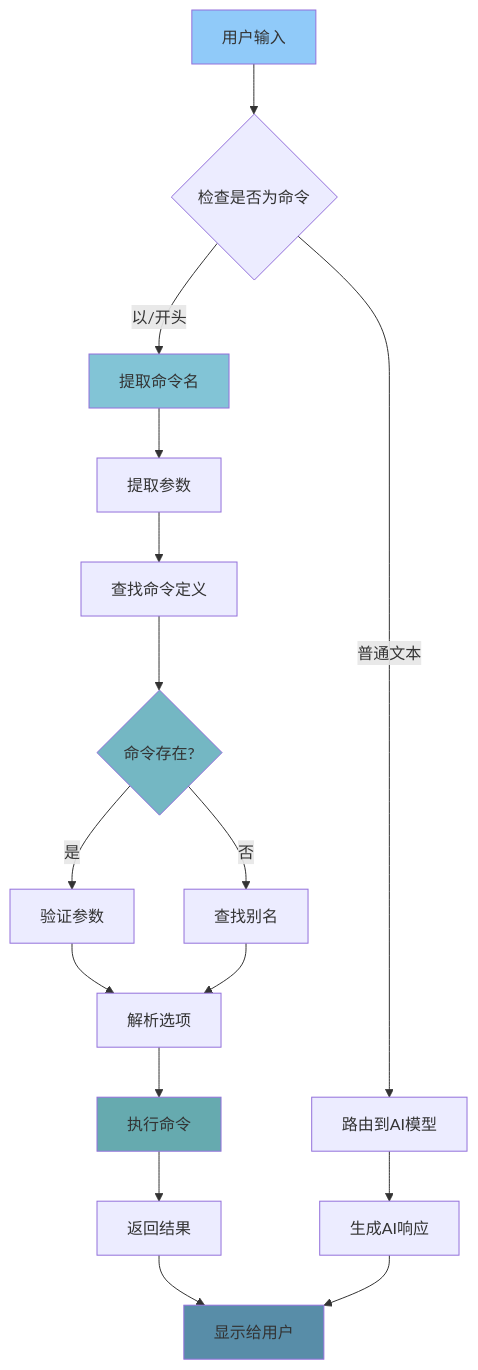
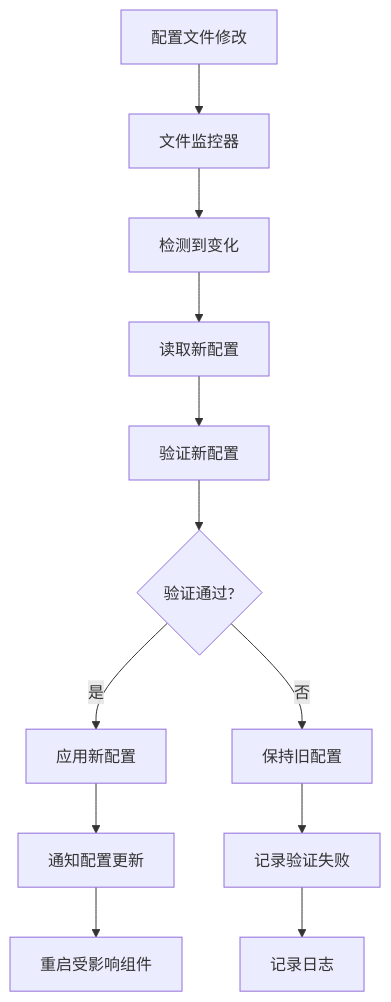
Diagram 22 of 34 in VISUAL_GUIDE.md (haorenlei457/claudecode-book), drawn with Mermaid before and after one commit. The commit also changed other lines of this file and 1 other file, not shown here.

````diff
--- a/VISUAL_GUIDE.md
+++ b/VISUAL_GUIDE.md
@@ -242,25 +548,14 @@
 ```mermaid
 graph TD
-    A[用户输入] --> B{检查是否为命令}
-    B -->|以/开头| C[提取命令名]
-    B -->|普通文本| D[路由到AI模型]
-    C --> E[提取参数]
-    E --> F[查找命令定义]
-    F --> G{命令存在?}
-    G -->|是| H[验证参数]
-    G -->|否| I[查找别名]
-    H --> J[解析选项]
-    I --> J
-    J --> K[执行命令]
-    K --> L[返回结果]
-    L --> M[显示给用户]
-    
-    D --> N[生成AI响应]
-    N --> M
-
-    style A fill:#90CAF9
-    style C fill:#82C4D6
-    style G fill:#74B7C3
-    style K fill:#66AAAF
-    style M fill:#588DA8
+    A[配置文件修改] --> B[文件监控器]
+    B --> C[检测到变化]
+    C --> D[读取新配置]
+    D --> E[验证新配置]
+    E --> F{验证通过?}
+    F -->|是| G[应用新配置]
+    F -->|否| H[保持旧配置]
+    G --> I[通知配置更新]
+    H --> J[记录验证失败]
+    I --> K[重启受影响组件]
+    J --> L[记录日志]
 ```
````
